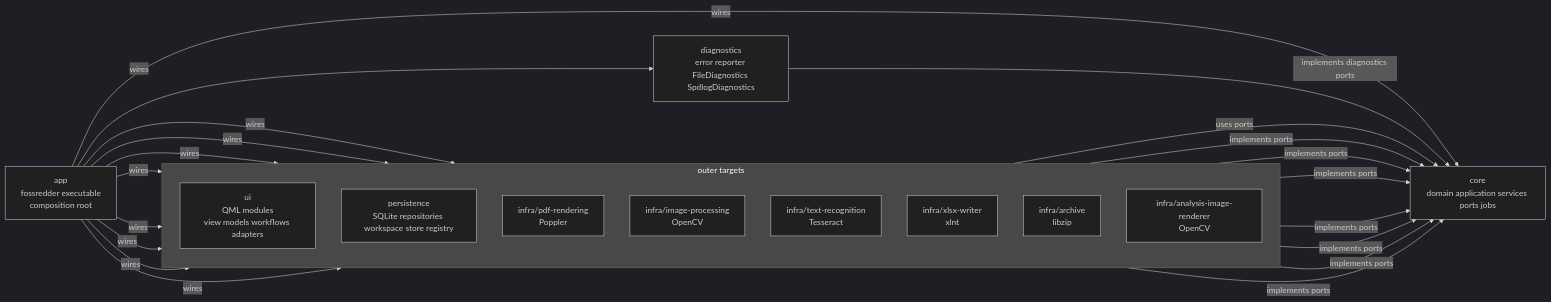
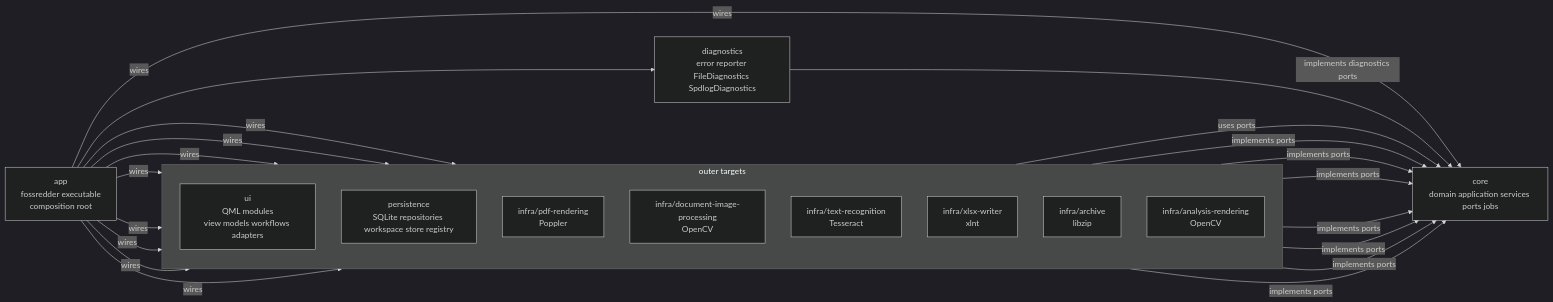
One commit to Wiiii90/FOSSredder changed the second of 19 diagrams in docs/DESIGN.md. Above: the diagram before and after it, drawn with Mermaid (dark theme). The commit also changed other lines of this file and 84 other files, not shown here.

````diff
--- a/docs/DESIGN.md
+++ b/docs/DESIGN.md
@@ -151,41 +151,41 @@
 ```mermaid
 flowchart LR
   App["app<br/>fossredder executable<br/>composition root"]
 
   subgraph OuterTargets["outer targets"]
     direction TB
     UI["ui<br/>QML modules<br/>view models workflows adapters"]
     Persistence["persistence<br/>SQLite repositories workspace store registry"]
     InfraPdf["infra/pdf-rendering<br/>Poppler"]
-    InfraImage["infra/image-processing<br/>OpenCV"]
+    InfraImage["infra/document-image-processing<br/>OpenCV"]
     InfraText["infra/text-recognition<br/>Tesseract"]
     InfraXlsx["infra/xlsx-writer<br/>xlnt"]
     InfraArchive["infra/archive<br/>libzip"]
-    InfraAnalysis["infra/analysis-image-renderer<br/>OpenCV"]
+    InfraAnalysis["infra/analysis-rendering<br/>OpenCV"]
   end
 
   Core["core<br/>domain application services ports jobs"]
   Diagnostics["diagnostics<br/>error reporter FileDiagnostics SpdlogDiagnostics"]
 
   App -->|wires| UI
   App -->|wires| Persistence
   App -->|wires| InfraPdf
   App -->|wires| InfraImage
   App -->|wires| InfraText
   App -->|wires| InfraXlsx
   App -->|wires| InfraArchive
   App -->|wires| InfraAnalysis
   App -->|wires| Core
   App -->|wires| Diagnostics
 
   UI -->|uses ports| Core
   Persistence -->|implements ports| Core
   InfraPdf -->|implements ports| Core
   InfraImage -->|implements ports| Core
   InfraText -->|implements ports| Core
   InfraXlsx -->|implements ports| Core
   InfraArchive -->|implements ports| Core
   InfraAnalysis -->|implements ports| Core
 
   Diagnostics -->|implements diagnostics ports| Core
 ```
````
